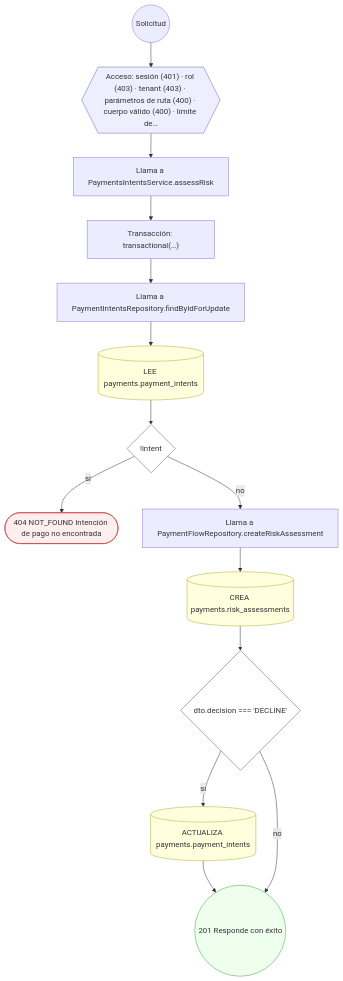
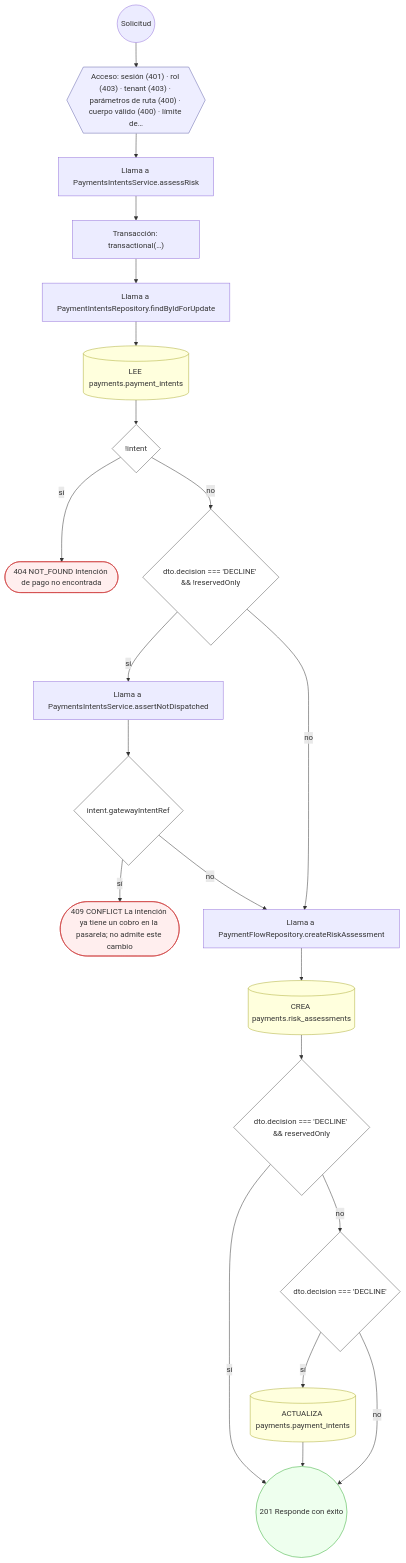
Diagram 11 of 19 in docs/inventario/flujos/payments.md (mdavila-2001/mantra-core-health-api), drawn with Mermaid before and after one commit. The commit also changed other lines of this file and 293 other files, not shown here.

````diff
--- a/docs/inventario/flujos/payments.md
+++ b/docs/inventario/flujos/payments.md
@@ -527,35 +987,47 @@
 ```mermaid
 flowchart TD
   n1(("Solicitud")):::inicio
   n2{{"Acceso: sesión (401) · rol (403) · tenant (403) · parámetros de ruta (400) · cuerpo válido (400) · límite de…"}}:::acceso
   n1 --> n2
   n3["Llama a PaymentsIntentsService.assessRisk"]:::llamada
   n2 --> n3
   n4["Transacción: transactional(…)"]:::transaccion
   n3 --> n4
   n5["Llama a PaymentIntentsRepository.findByIdForUpdate"]:::llamada
   n4 --> n5
   n6[("LEE payments.payment_intents")]:::efecto
   n5 --> n6
   n7{"!intent"}:::decision
   n6 --> n7
   n8(["404 NOT_FOUND Intención de pago no encontrada"]):::error
   n7 -->|"sí"| n8
-  n9["Llama a PaymentFlowRepository.createRiskAssessment"]:::llamada
+  n9{"dto.decision === 'DECLINE' && !reservedOnly"}:::decision
   n7 -->|"no"| n9
-  n10[("CREA payments.risk_assessments")]:::efecto
-  n9 --> n10
-  n11{"dto.decision === 'DECLINE'"}:::decision
+  n10["Llama a PaymentsIntentsService.assertNotDispatched"]:::llamada
+  n9 -->|"sí"| n10
+  n11{"intent.gatewayIntentRef"}:::decision
   n10 --> n11
-  n12[("ACTUALIZA payments.payment_intents")]:::efecto
+  n12(["409 CONFLICT La intención ya tiene un cobro en la pasarela; no admite este cambio"]):::error
   n11 -->|"sí"| n12
-  n13(("201 Responde con éxito")):::ok
-  n12 --> n13
+  n13["Llama a PaymentFlowRepository.createRiskAssessment"]:::llamada
   n11 -->|"no"| n13
+  n9 -->|"no"| n13
+  n14[("CREA payments.risk_assessments")]:::efecto
+  n13 --> n14
+  n15{"dto.decision === 'DECLINE' && reservedOnly"}:::decision
+  n14 --> n15
+  n16{"dto.decision === 'DECLINE'"}:::decision
+  n15 -->|"no"| n16
+  n17[("ACTUALIZA payments.payment_intents")]:::efecto
+  n16 -->|"sí"| n17
+  n18(("201 Responde con éxito")):::ok
+  n15 -->|"sí"| n18
+  n17 --> n18
+  n16 -->|"no"| n18
   classDef acceso fill:#eef,stroke:#66a
   classDef error fill:#fee,stroke:#c33
   classDef ok fill:#efe,stroke:#3a3
   classDef efecto fill:#ffd,stroke:#aa3
   classDef decision fill:#fff,stroke:#555
   classDef corte fill:#eee,stroke:#999,stroke-dasharray: 4
 ```
````
